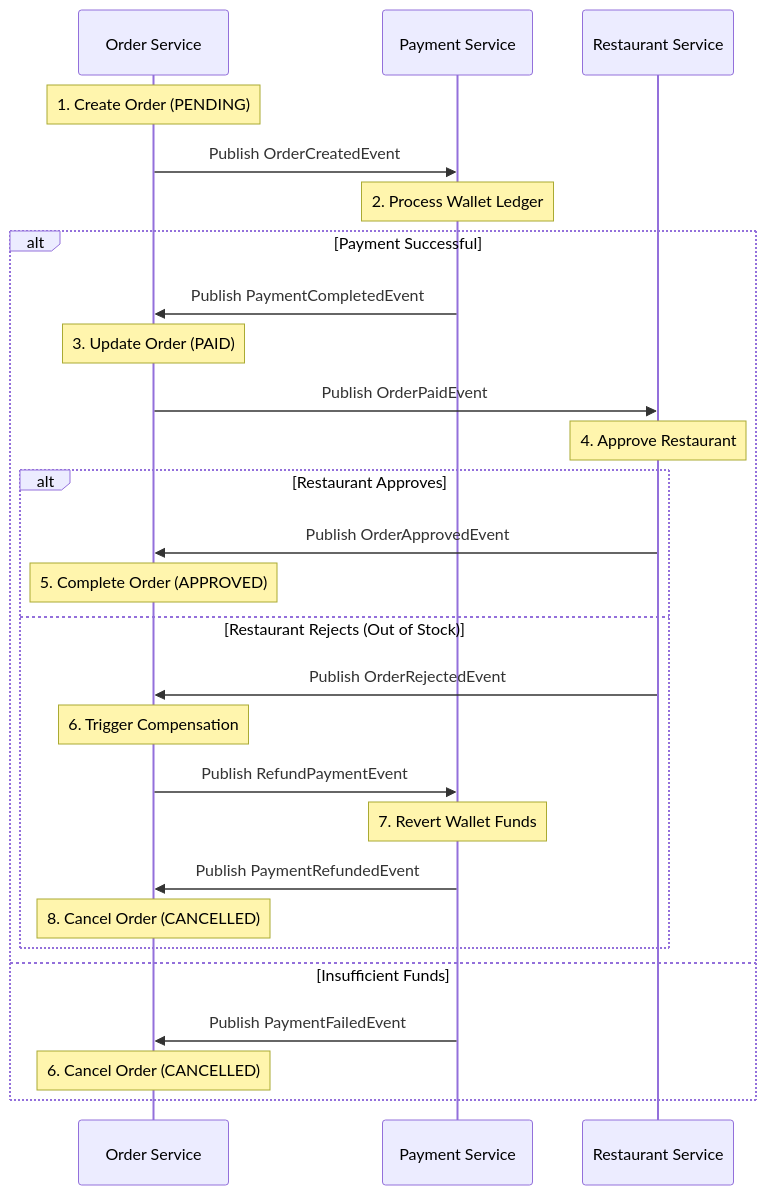
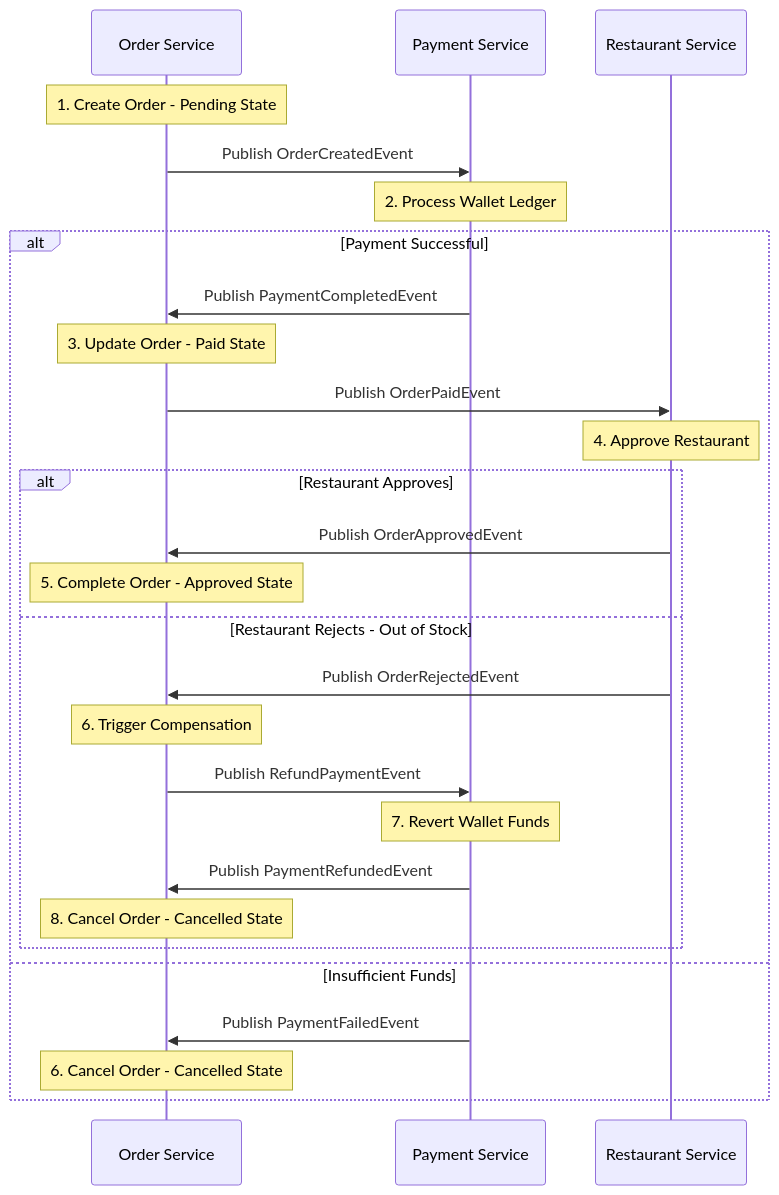
One commit to abhishektangade965-crypto/Food-Delivery-Enterprise-System changed the second of 2 diagrams in README.md. Above: the diagram before and after it, drawn with Mermaid.

Commit message:
Fix Mermaid diagram formatting issue in README

````diff
--- a/README.md
+++ b/README.md
@@ -68,30 +68,30 @@
 ```mermaid
 sequenceDiagram
     participant OS as Order Service
     participant PS as Payment Service
     participant RS as Restaurant Service
     
-    Note over OS: 1. Create Order (PENDING)
+    Note over OS: 1. Create Order - Pending State
     OS->>PS: Publish OrderCreatedEvent
     Note over PS: 2. Process Wallet Ledger
     alt Payment Successful
         PS->>OS: Publish PaymentCompletedEvent
-        Note over OS: 3. Update Order (PAID)
+        Note over OS: 3. Update Order - Paid State
         OS->>RS: Publish OrderPaidEvent
         Note over RS: 4. Approve Restaurant
         alt Restaurant Approves
             RS->>OS: Publish OrderApprovedEvent
-            Note over OS: 5. Complete Order (APPROVED)
-        else Restaurant Rejects (Out of Stock)
+            Note over OS: 5. Complete Order - Approved State
+        else Restaurant Rejects - Out of Stock
             RS->>OS: Publish OrderRejectedEvent
             Note over OS: 6. Trigger Compensation
             OS->>PS: Publish RefundPaymentEvent
             Note over PS: 7. Revert Wallet Funds
             PS->>OS: Publish PaymentRefundedEvent
-            Note over OS: 8. Cancel Order (CANCELLED)
+            Note over OS: 8. Cancel Order - Cancelled State
         end
     else Insufficient Funds
         PS->>OS: Publish PaymentFailedEvent
-        Note over OS: 6. Cancel Order (CANCELLED)
+        Note over OS: 6. Cancel Order - Cancelled State
     end
 ```
````
